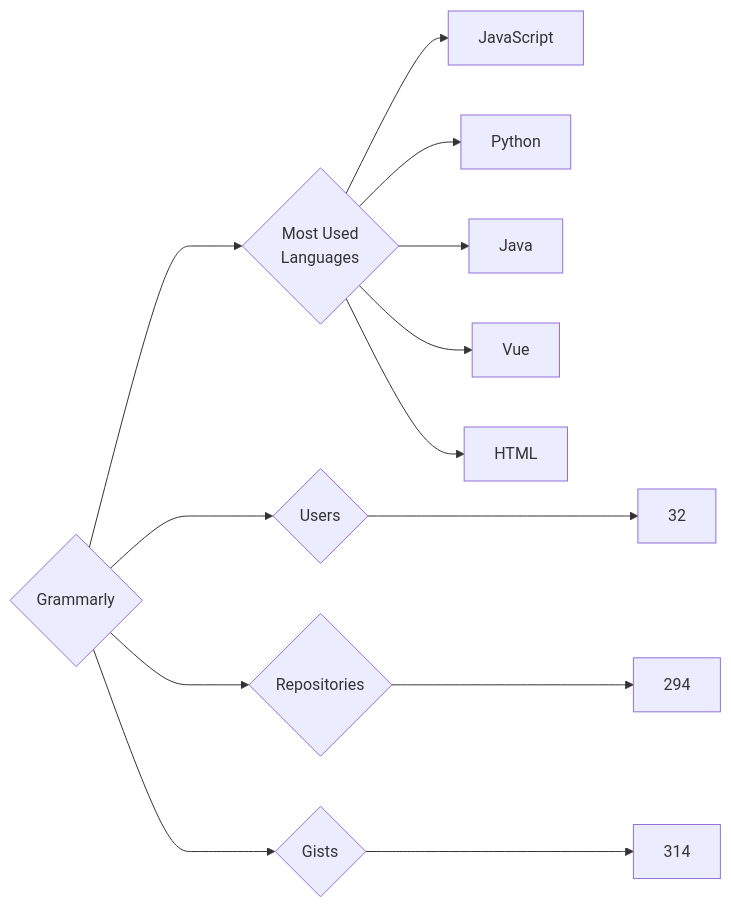
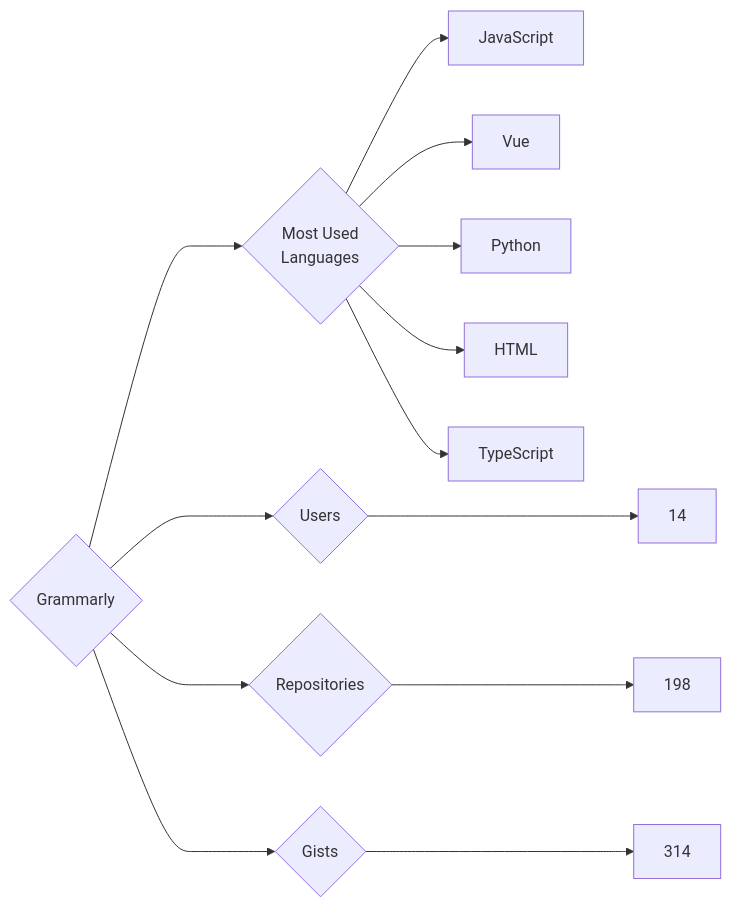
The diagram in targets/Grammarly/README.md (trickest/insiders), drawn with Mermaid before and after one commit. The commit also changed 899 other files, not shown here.

````diff
--- a/targets/Grammarly/README.md
+++ b/targets/Grammarly/README.md
@@ -3,13 +3,13 @@
 ```mermaid
 graph LR
 COMPANY_NAME{Grammarly}
-COMPANY_NAME ---> U{Users} ---> UN[32]
-COMPANY_NAME ---> R{Repositories} ---> RN[294]
+COMPANY_NAME ---> U{Users} ---> UN[14]
+COMPANY_NAME ---> R{Repositories} ---> RN[198]
 COMPANY_NAME ---> G{Gists} ---> GN[314]
 COMPANY_NAME ---> ML{Most Used<br>Languages}
 ML --> JavaScript[JavaScript]
+ML --> Vue[Vue]
 ML --> Python[Python]
-ML --> Java[Java]
-ML --> Vue[Vue]
 ML --> HTML[HTML]
+ML --> TypeScript[TypeScript]
 ```
````
